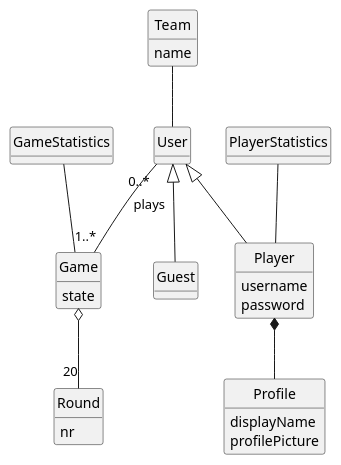
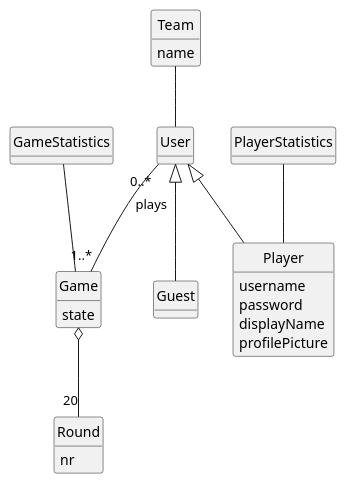
The diagram in Documentation/src/resources/domain-model.puml (PascalHonegger/JassTracker), drawn with PlantUML before and after one commit.

Commit message:
feat(domain model): merge Player and Profile

```diff
--- a/Documentation/src/resources/domain-model.puml
+++ b/Documentation/src/resources/domain-model.puml
@@ -1,41 +1,44 @@
 @startuml domain model
 
 hide circle
 hide empty methods
 
 class User{
 
 }
+
 class Game{
     state
 }
+
 class GameStatistics{
     
 }
+
 class Player{
     username
     password
+    displayName
+    profilePicture
 }
+
 class PlayerStatistics{
 
 }
-class Profile{
-    displayName
-    profilePicture
-}
+
 class Round{
     nr
 }
+
 class Team{
     name
 }
 
 User <|-- Player
 User <|-- Guest
 User "0..*" -- "1..*" Game : plays
-Player *-- Profile
 Team -- User
 Game o-- "20" Round
 GameStatistics -- Game
 PlayerStatistics -- Player
 @enduml
```
